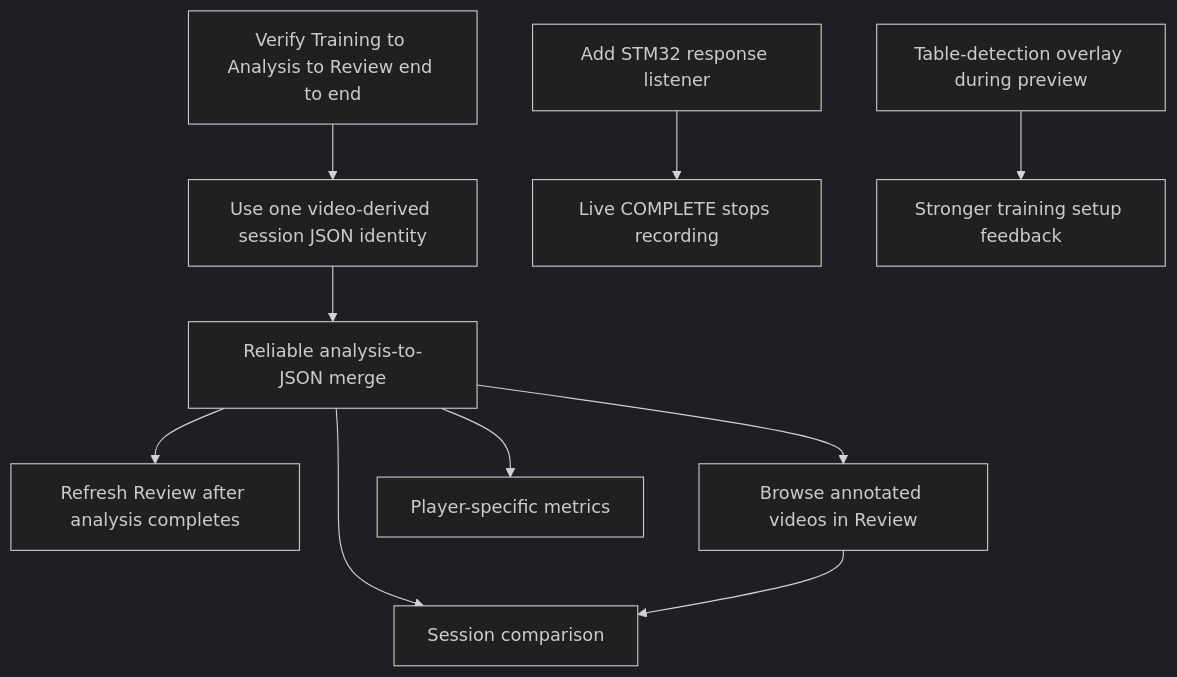
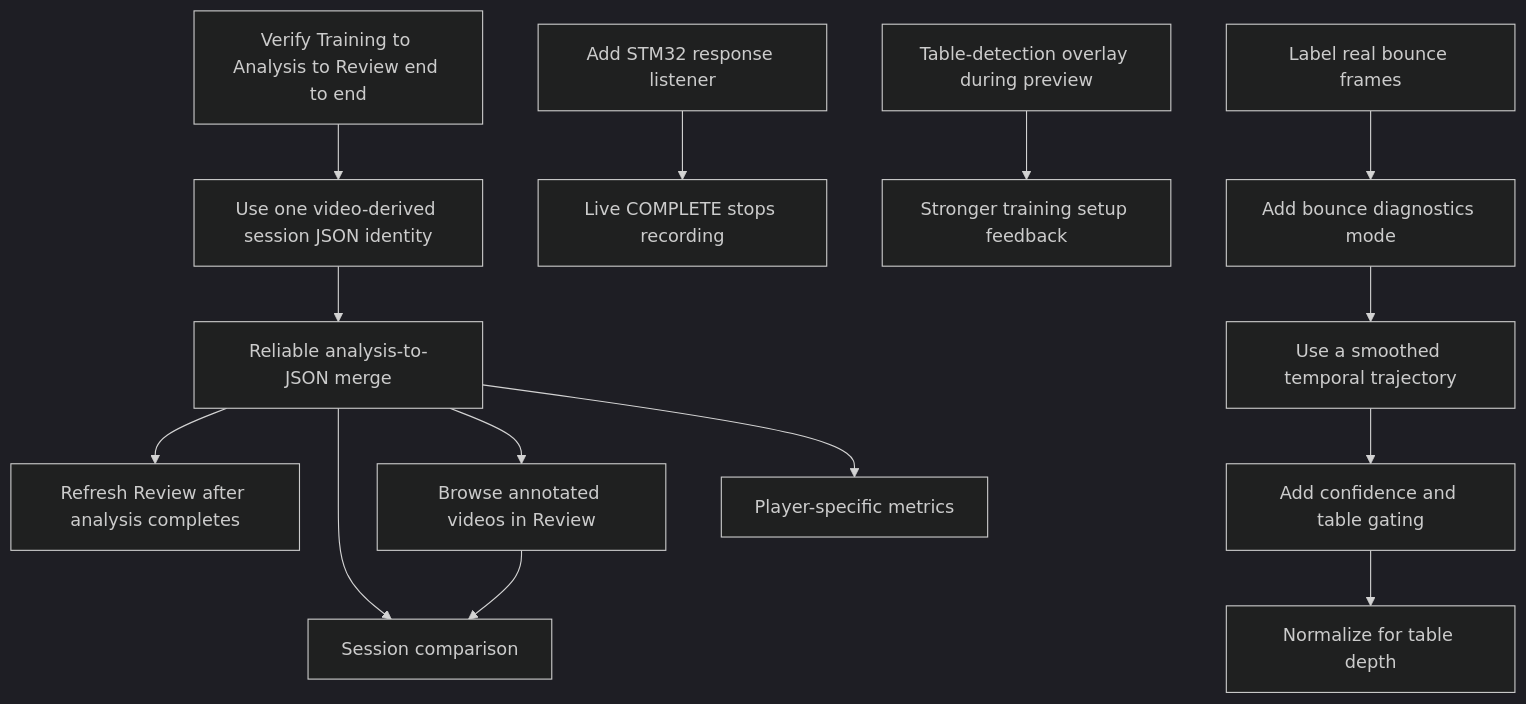
Before and after one commit to CoulterRolph/Capstone_Opencv: the diagram in jetson/docs/backlog.md, drawn with Mermaid (dark theme). The commit also changed other lines of this file and 23 other files, not shown here.

````diff
--- a/jetson/docs/backlog.md
+++ b/jetson/docs/backlog.md
@@ -8,15 +8,20 @@
 ```mermaid
 flowchart TD
     VerifySession[Verify Training to Analysis to Review end to end] --> StableIdentity[Use one video-derived session JSON identity]
     StableIdentity --> ReliableMerge[Reliable analysis-to-JSON merge]
     ReliableMerge --> AutoRefresh[Refresh Review after analysis completes]
     ReliableMerge --> AnnotatedReview[Browse annotated videos in Review]
 
     Listener[Add STM32 response listener] --> CompleteFlow[Live COMPLETE stops recording]
 
     PreviewOverlay[Table-detection overlay during preview] --> TrainingUx[Stronger training setup feedback]
 
+    BounceLabels[Label real bounce frames] --> BounceDiagnostics[Add bounce diagnostics mode]
+    BounceDiagnostics --> TemporalBounce[Use a smoothed temporal trajectory]
+    TemporalBounce --> BounceScoring[Add confidence and table gating]
+    BounceScoring --> PerspectiveBounce[Normalize for table depth]
+
     ReliableMerge --> SessionCompare[Session comparison]
     AnnotatedReview --> SessionCompare
     ReliableMerge --> PlayerMetrics[Player-specific metrics]
 ```
````
